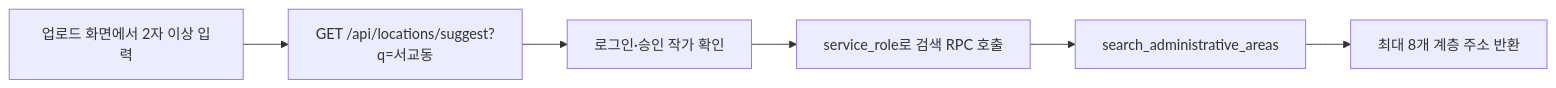
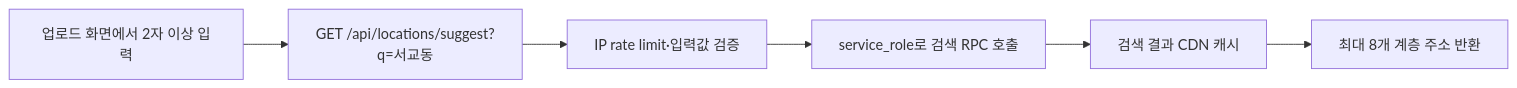
One commit to veronicaJeon/imageptns changed the first of 2 diagrams in docs/korea-administrative-area-search-handoff.md. Above: the diagram before and after it, drawn with Mermaid. The commit also changed other lines of this file and 3 other files, not shown here.

````diff
--- a/docs/korea-administrative-area-search-handoff.md
+++ b/docs/korea-administrative-area-search-handoff.md
@@ -24,8 +24,8 @@
 ```mermaid
 flowchart LR
   A["업로드 화면에서 2자 이상 입력"] --> B["GET /api/locations/suggest?q=서교동"]
-  B --> C["로그인·승인 작가 확인"]
+  B --> C["IP rate limit·입력값 검증"]
   C --> D["service_role로 검색 RPC 호출"]
-  D --> E["search_administrative_areas"]
+  D --> E["검색 결과 CDN 캐시"]
   E --> F["최대 8개 계층 주소 반환"]
 ```
````
